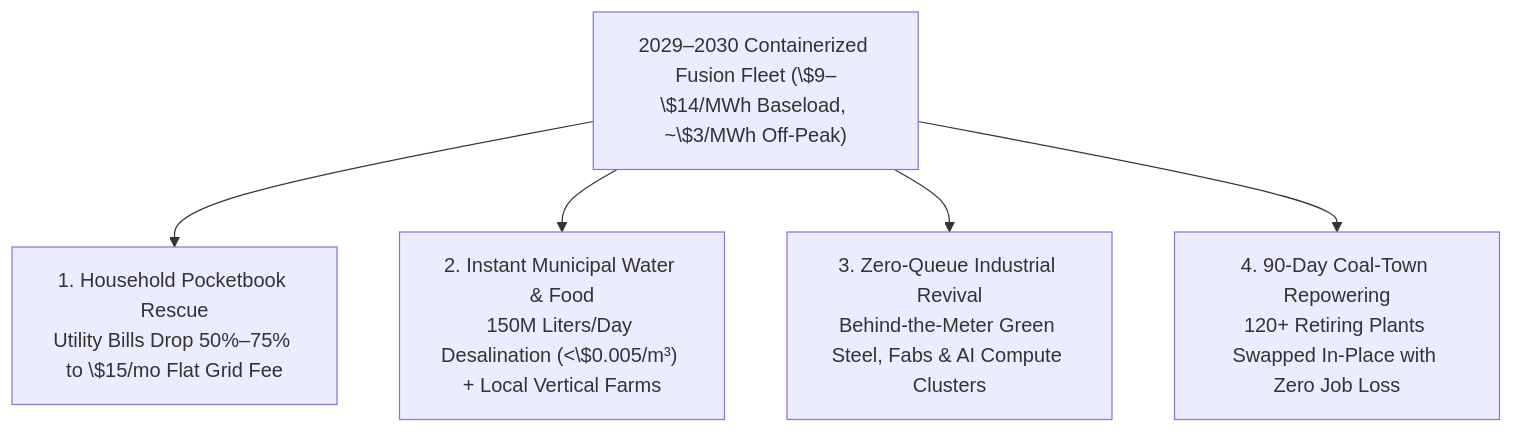
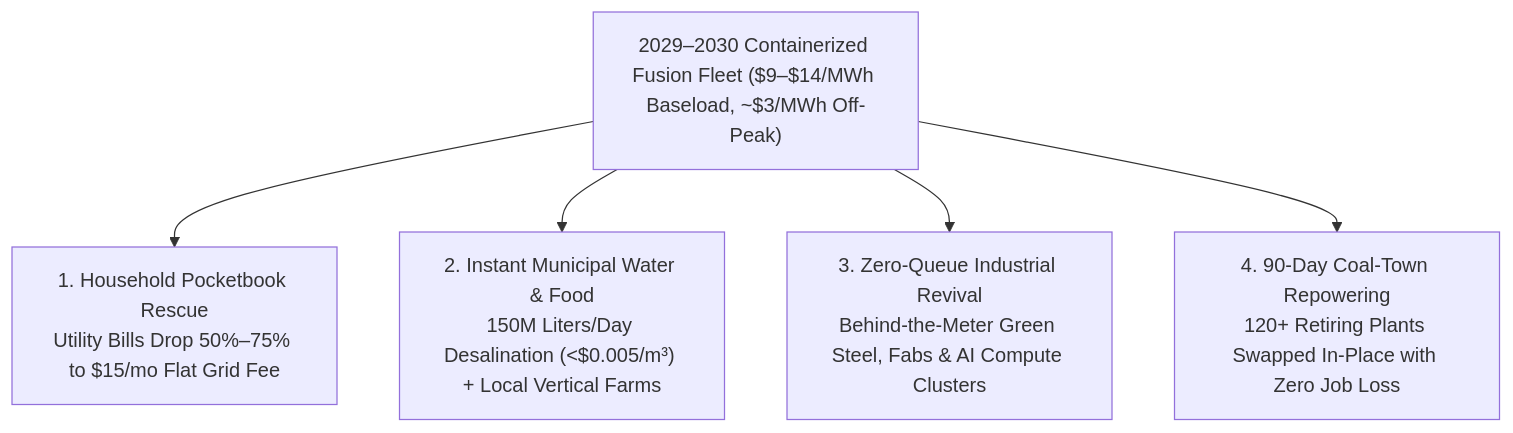
The second of 2 diagrams in vision-shorter-02-abundant-energy/02-fusion-pathway/REPORT.md (d-10-g/OneOfMany), drawn with Mermaid before and after one commit. The commit also changed 23 other files, not shown here.

Commit message:
Fix Mermaid multi-subgraph blank-line parsing and KaTeX dollar escaping across all 85 pathways

````diff
--- a/vision-shorter-02-abundant-energy/02-fusion-pathway/REPORT.md
+++ b/vision-shorter-02-abundant-energy/02-fusion-pathway/REPORT.md
@@ -115,8 +115,8 @@
 ```mermaid
 flowchart TD
-    Core["2029–2030 Containerized Fusion Fleet (\$9–\$14/MWh Baseload, ~\$3/MWh Off-Peak)"]
-    Core --> D1["1. Household Pocketbook Rescue<br>Utility Bills Drop 50%–75% to \$15/mo Flat Grid Fee"]
-    Core --> D2["2. Instant Municipal Water & Food<br>150M Liters/Day Desalination (<\$0.005/m³) + Local Vertical Farms"]
+    Core["2029–2030 Containerized Fusion Fleet ($9–$14/MWh Baseload, ~$3/MWh Off-Peak)"]
+    Core --> D1["1. Household Pocketbook Rescue<br>Utility Bills Drop 50%–75% to $15/mo Flat Grid Fee"]
+    Core --> D2["2. Instant Municipal Water & Food<br>150M Liters/Day Desalination (<$0.005/m³) + Local Vertical Farms"]
     Core --> D3["3. Zero-Queue Industrial Revival<br>Behind-the-Meter Green Steel, Fabs & AI Compute Clusters"]
     Core --> D4["4. 90-Day Coal-Town Repowering<br>120+ Retiring Plants Swapped In-Place with Zero Job Loss"]
 ```
````
